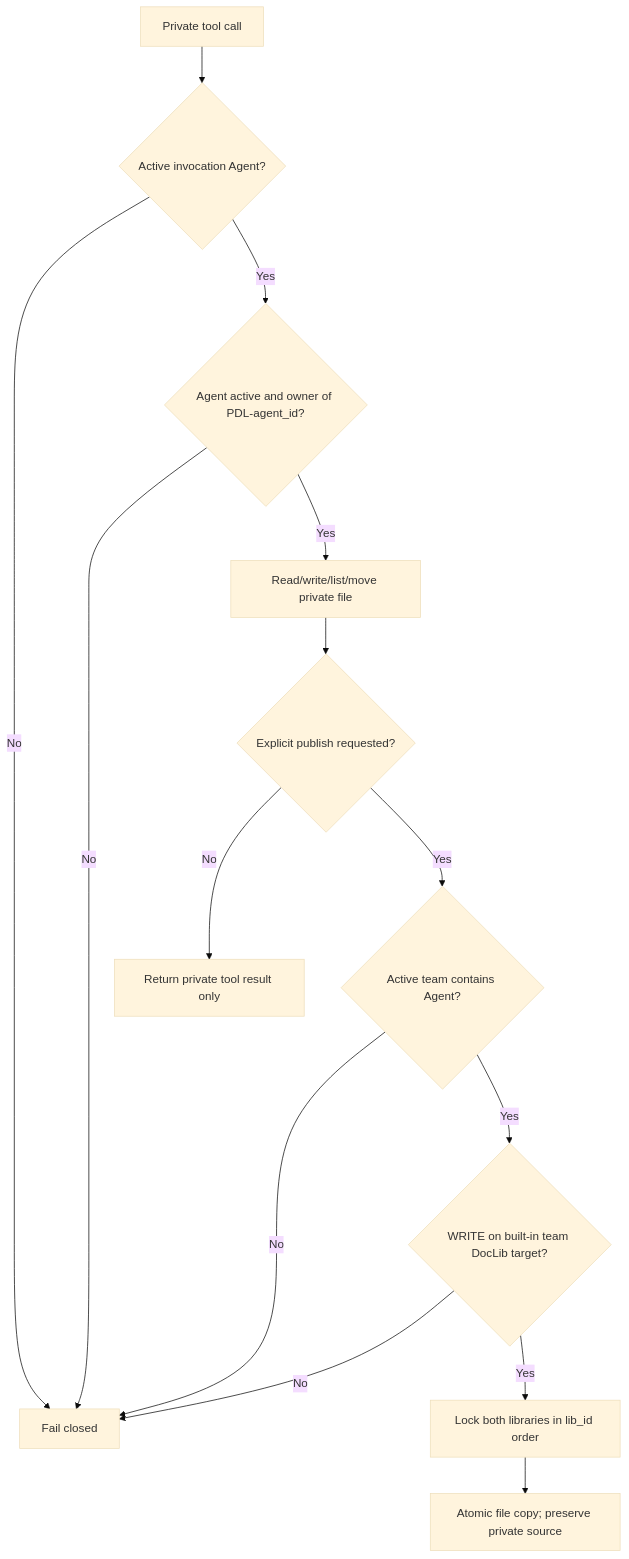
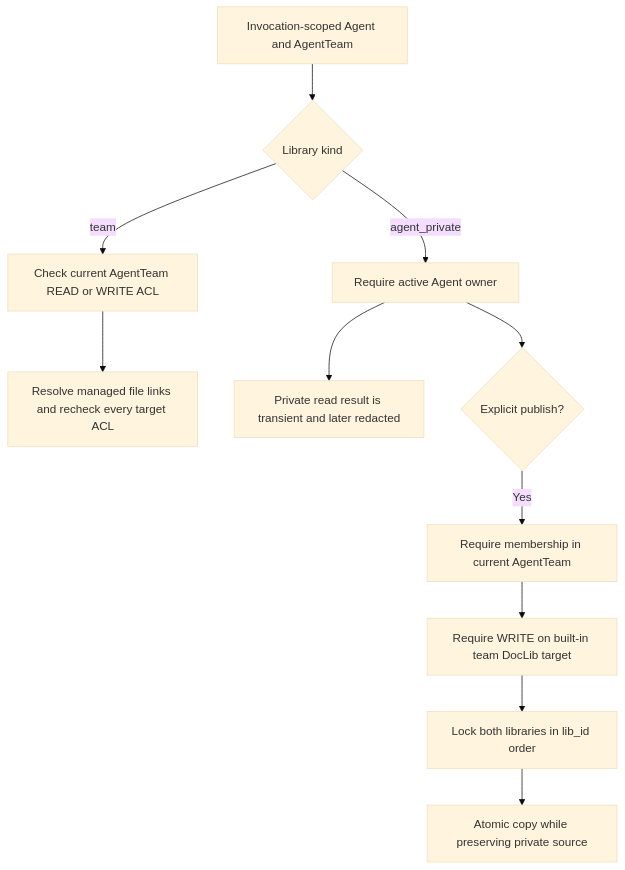
One commit to AI-Team-Team/AI-Team-Team changed the fourth of 4 diagrams in docs/flowcharts/Gated_Reading.md. Above: the diagram before and after it, drawn with Mermaid (base theme). The commit also changed other lines of this file and 37 other files, not shown here.

````diff
--- a/docs/flowcharts/Gated_Reading.md
+++ b/docs/flowcharts/Gated_Reading.md
@@ -100,16 +61,13 @@
 ```mermaid
 flowchart TD
-    Tool["Private tool call"] --> Context{"Active invocation Agent?"}
-    Context -- "No" --> Deny["Fail closed"]
-    Context -- "Yes" --> Owner{"Agent active and owner of PDL-agent_id?"}
-    Owner -- "No" --> Deny
-    Owner -- "Yes" --> Private["Read/write/list/move private file"]
-    Private --> Publish{"Explicit publish requested?"}
-    Publish -- "No" --> Done["Return private tool result only"]
-    Publish -- "Yes" --> Team{"Active team contains Agent?"}
-    Team -- "No" --> Deny
-    Team -- "Yes" --> ACL{"WRITE on built-in team DocLib target?"}
-    ACL -- "No" --> Deny
-    ACL -- "Yes" --> Locks["Lock both libraries in lib_id order"]
-    Locks --> Copy["Atomic file copy; preserve private source"]
+    Invocation["Invocation-scoped Agent and AgentTeam"] --> Kind{"Library kind"}
+    Kind -- "team" --> ACL["Check current AgentTeam READ or WRITE ACL"]
+    ACL --> Managed["Resolve managed file links and recheck every target ACL"]
+    Kind -- "agent_private" --> Owner["Require active Agent owner"]
+    Owner --> PrivateRead["Private read result is transient and later redacted"]
+    Owner --> Publish{"Explicit publish?"}
+    Publish -- "Yes" --> Membership["Require membership in current AgentTeam"]
+    Membership --> TargetACL["Require WRITE on built-in team DocLib target"]
+    TargetACL --> Locks["Lock both libraries in lib_id order"]
+    Locks --> Copy["Atomic copy while preserving private source"]
 ```
````
